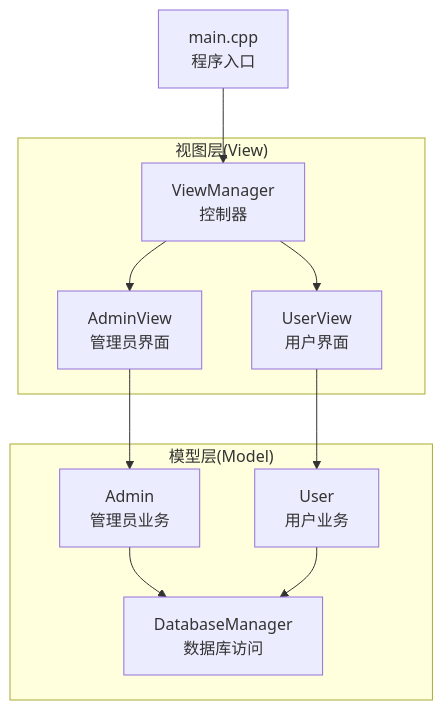
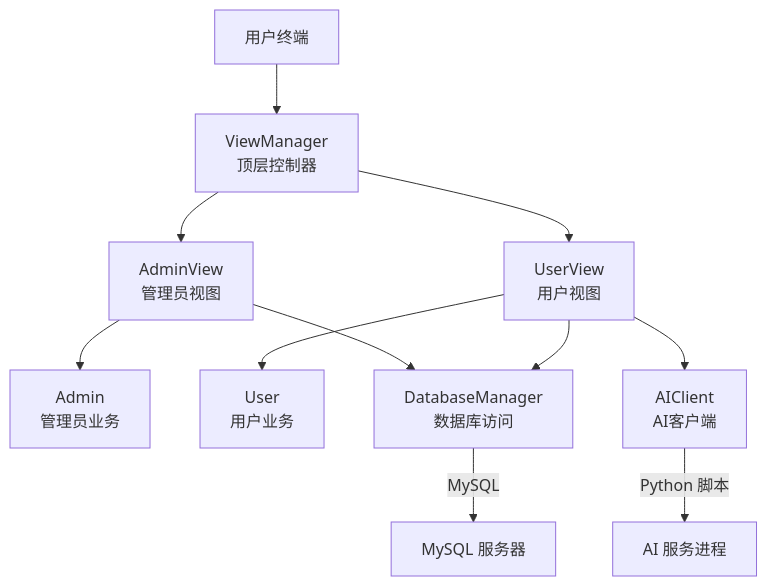
The second of 9 diagrams in .qoder/repowiki/zh/content/系统架构设计/整体架构概览.md (jinpeng900/OJ-Test), drawn with Mermaid before and after one commit. The commit also changed other lines of this file and 65 other files, not shown here.

````diff
--- a/.qoder/repowiki/zh/content/系统架构设计/整体架构概览.md
+++ b/.qoder/repowiki/zh/content/系统架构设计/整体架构概览.md
@@ -123,20 +134,21 @@
 ```mermaid
 graph TB
-subgraph "视图层(View)"
-VM["ViewManager<br/>控制器"]
-AV["AdminView<br/>管理员界面"]
-UV["UserView<br/>用户界面"]
-end
-subgraph "模型层(Model)"
+CLIENT["用户终端"]
+VM["ViewManager<br/>顶层控制器"]
+AV["AdminView<br/>管理员视图"]
+UV["UserView<br/>用户视图"]
 ADM["Admin<br/>管理员业务"]
 USR["User<br/>用户业务"]
-DB["DatabaseManager<br/>数据库访问"]
-end
-MAIN["main.cpp<br/>程序入口"] --> VM
+DBM["DatabaseManager<br/>数据库访问"]
+AI["AIClient<br/>AI客户端"]
+CLIENT --> VM
 VM --> AV
 VM --> UV
 AV --> ADM
 UV --> USR
-ADM --> DB
-USR --> DB
+AV --> DBM
+UV --> DBM
+UV --> AI
+DBM --> |"MySQL"| MYSQL["MySQL 服务器"]
+AI --> |"Python 脚本"| PY["AI 服务进程"]
 ```
````
